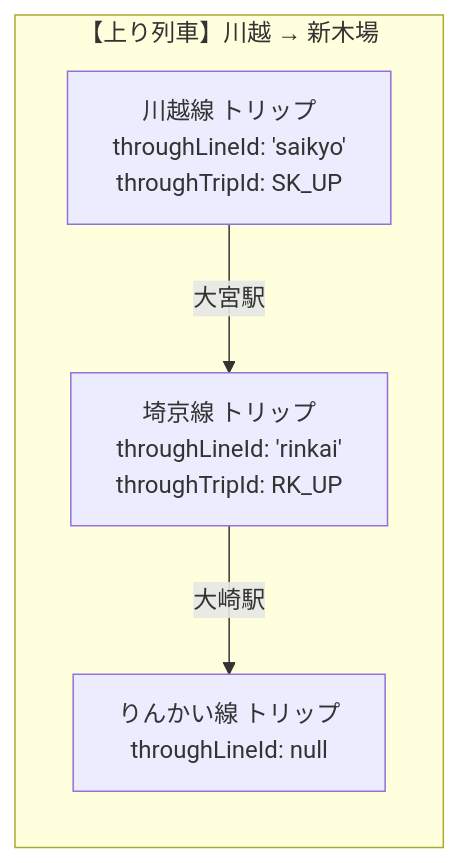
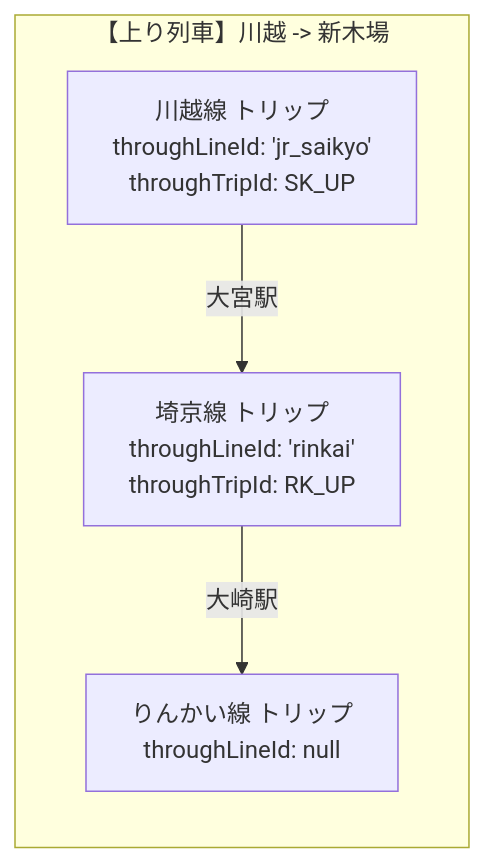
Before and after one commit to GenbuHase/Trainfo: the fourth of 4 diagrams in docs/ROUTE_EXPANSION_PLAYBOOK.md, drawn with Mermaid. The commit also changed other lines of this file and 9 other files, not shown here.

````diff
--- a/docs/ROUTE_EXPANSION_PLAYBOOK.md
+++ b/docs/ROUTE_EXPANSION_PLAYBOOK.md
@@ -625,7 +395,7 @@
 ```mermaid
 flowchart LR
-    subgraph 上り列車 ["【上り列車】川越 → 新木場"]
-        KW_UP["川越線 トリップ<br/>throughLineId: 'saikyo'<br/>throughTripId: SK_UP"] -->|大宮駅| SK_UP["埼京線 トリップ<br/>throughLineId: 'rinkai'<br/>throughTripId: RK_UP"]
+    subgraph 上り列車 ["【上り列車】川越 -> 新木場"]
+        KW_UP["川越線 トリップ<br/>throughLineId: 'jr_saikyo'<br/>throughTripId: SK_UP"] -->|大宮駅| SK_UP["埼京線 トリップ<br/>throughLineId: 'rinkai'<br/>throughTripId: RK_UP"]
         SK_UP -->|大崎駅| RK_UP["りんかい線 トリップ<br/>throughLineId: null"]
     end
 ```
````
